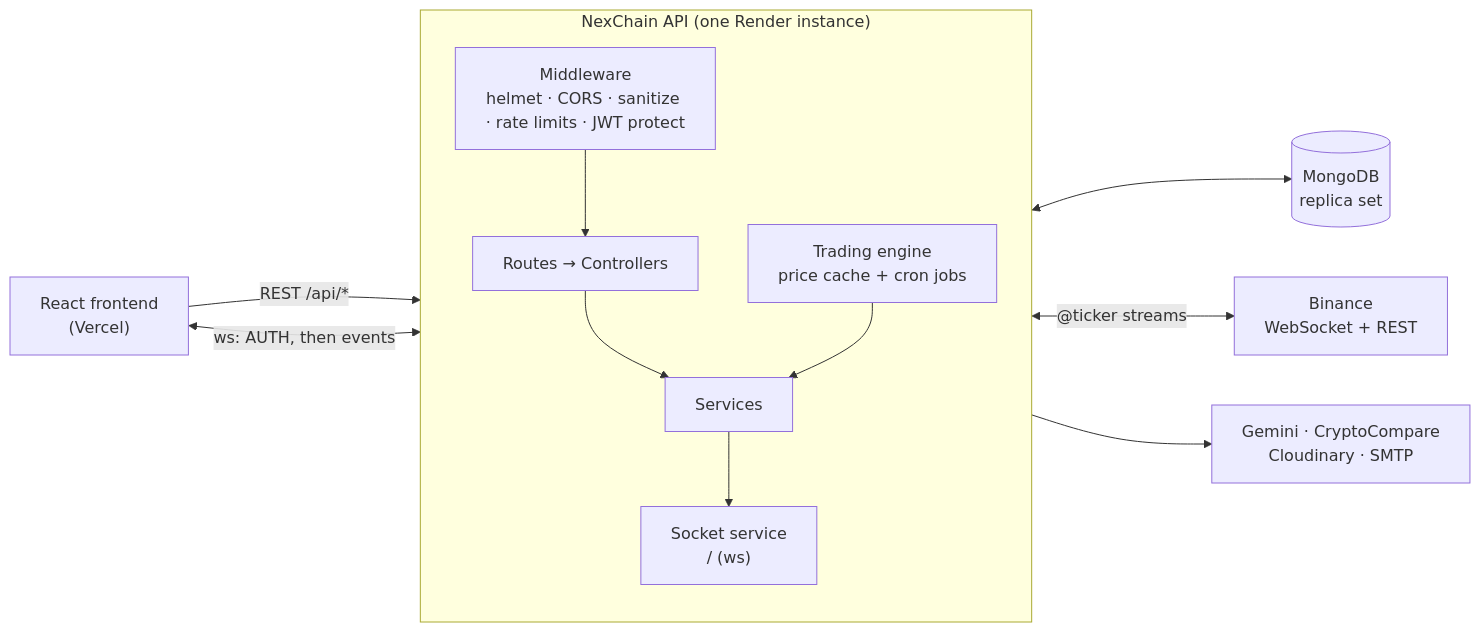
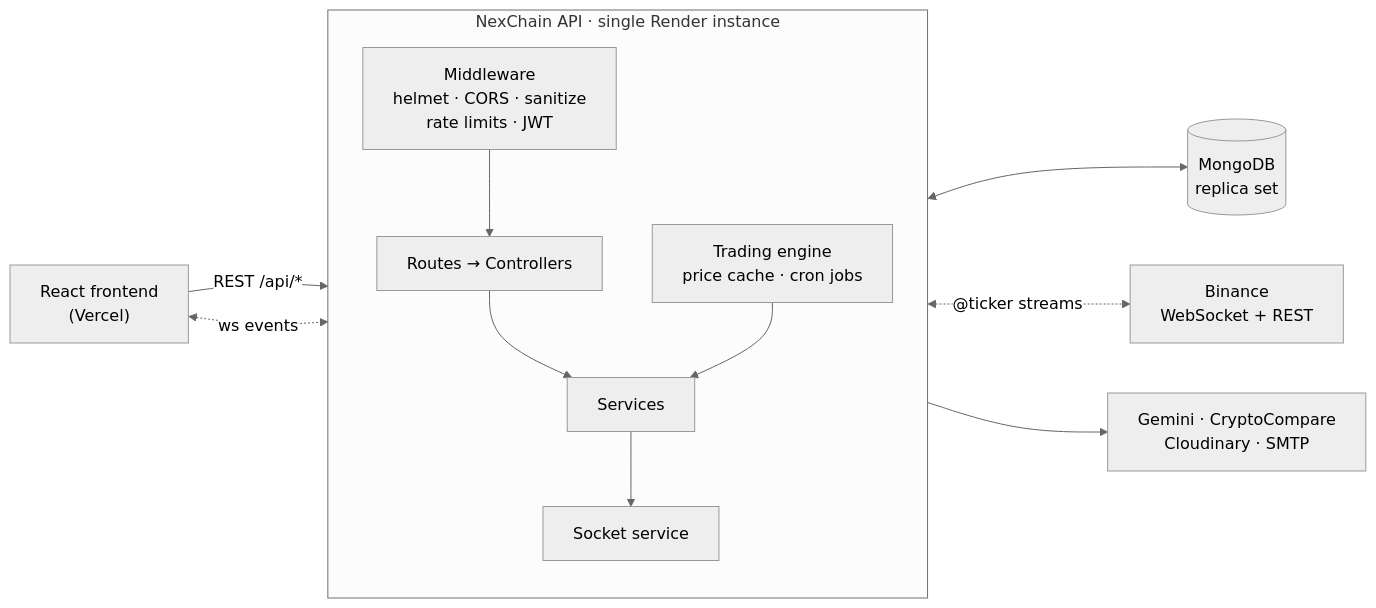
One commit to Arjunsathia/NexChain-backend changed the first of 2 diagrams in README.md. Above: the diagram before and after it, drawn with Mermaid. The commit also changed other lines of this file and 1 other file, not shown here.

````diff
--- a/README.md
+++ b/README.md
@@ -72,24 +120,25 @@
 ```mermaid
+%%{init: {'theme':'neutral'}}%%
 flowchart LR
     FE["React frontend<br/>(Vercel)"]
-    subgraph API["NexChain API (one Render instance)"]
+    subgraph API["NexChain API · single Render instance"]
         direction TB
-        MW["Middleware<br/>helmet · CORS · sanitize · rate limits · JWT protect"]
-        R["Routes → Controllers"]
-        S["Services"]
-        TE["Trading engine<br/>price cache + cron jobs"]
-        WS["Socket service<br/>/ (ws)"]
-        MW --> R --> S
-        TE --> S
-        S --> WS
+        MW["Middleware<br/>helmet · CORS · sanitize<br/>rate limits · JWT"]
+        RC["Routes → Controllers"]
+        SV["Services"]
+        TE["Trading engine<br/>price cache · cron jobs"]
+        WS["Socket service"]
+        MW --> RC --> SV
+        TE --> SV
+        SV --> WS
     end
     DB[("MongoDB<br/>replica set")]
     BN["Binance<br/>WebSocket + REST"]
-    EXT["Gemini · CryptoCompare<br/>Cloudinary · SMTP"]
+    EX["Gemini · CryptoCompare<br/>Cloudinary · SMTP"]
 
     FE -- "REST /api/*" --> MW
-    FE <-- "ws: AUTH, then events" --> WS
-    S <--> DB
-    TE <-- "@ticker streams" --> BN
-    S --> EXT
+    FE <-. "ws events" .-> WS
+    SV <--> DB
+    TE <-. "@ticker streams" .-> BN
+    SV --> EX
 ```
````
